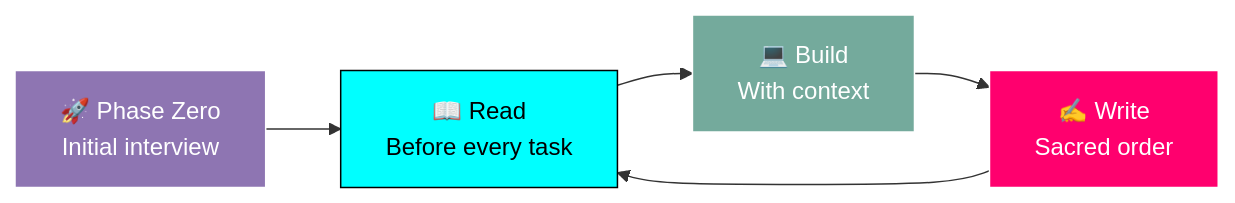
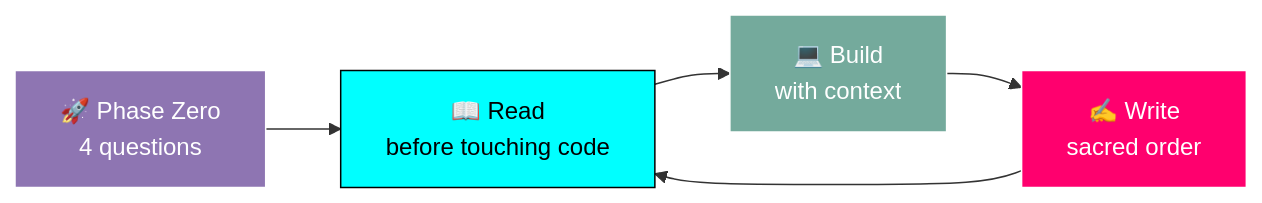
One commit to Cyberdark-Security/tridente-de-memoria-skill changed the diagram in README_EN.md. Above: the diagram before and after it, drawn with Mermaid. The commit also changed other lines of this file and 48 other files, not shown here.

````diff
--- a/README_EN.md
+++ b/README_EN.md
@@ -147,12 +45,12 @@
 ```mermaid
 flowchart LR
-    A["🚀 Phase Zero<br/>Initial interview"] --> B["📖 Read<br/>Before every task"]
-    B --> C["💻 Build<br/>With context"]
-    C --> D["✍️ Write<br/>Sacred order"]
+    A["🚀 Phase Zero<br/>4 questions"] --> B["📖 Read<br/>before touching code"]
+    B --> C["💻 Build<br/>with context"]
+    C --> D["✍️ Write<br/>sacred order"]
     D --> B
 
     style A fill:#8E75B2,stroke:#fff,color:#fff
     style B fill:#00FFFF,stroke:#000,color:#000
     style C fill:#74aa9c,stroke:#fff,color:#fff
     style D fill:#FF006E,stroke:#fff,color:#fff
 ```
````
